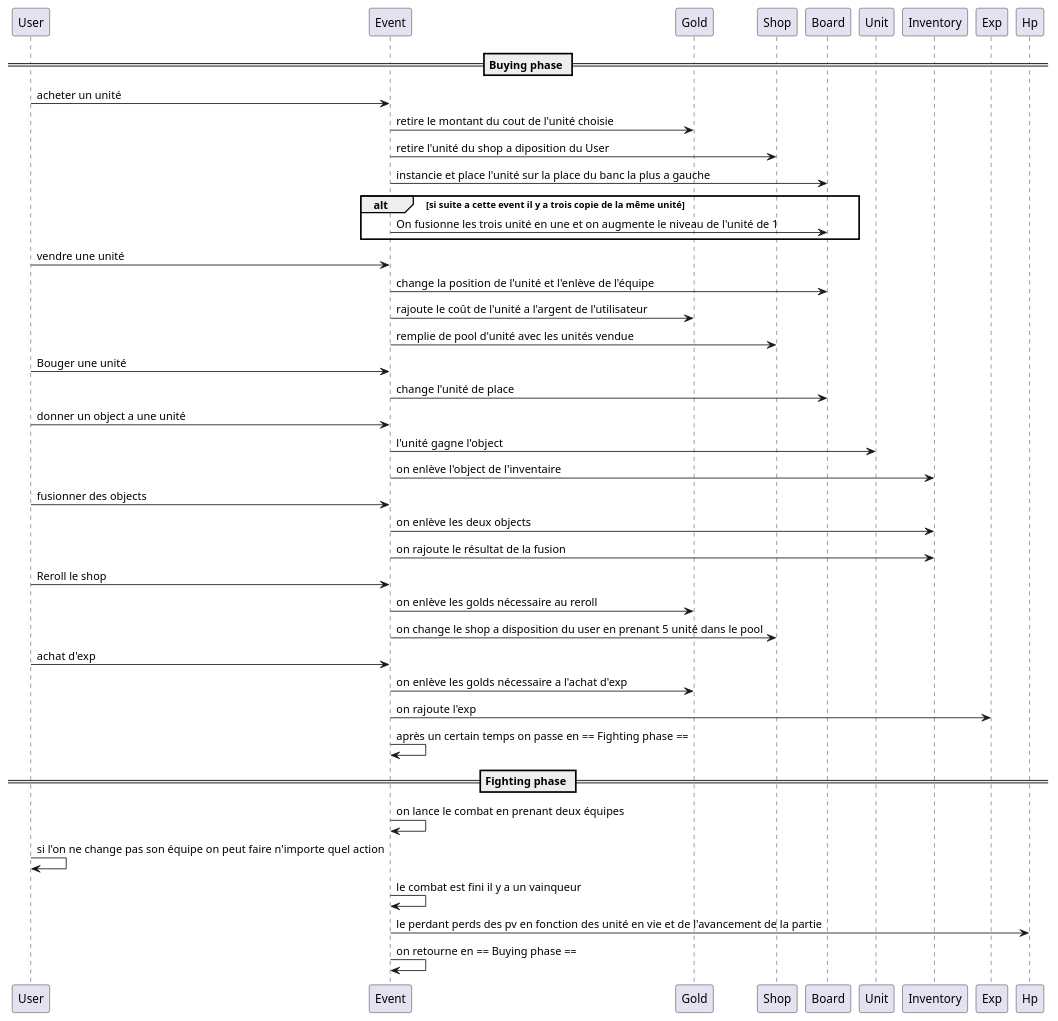
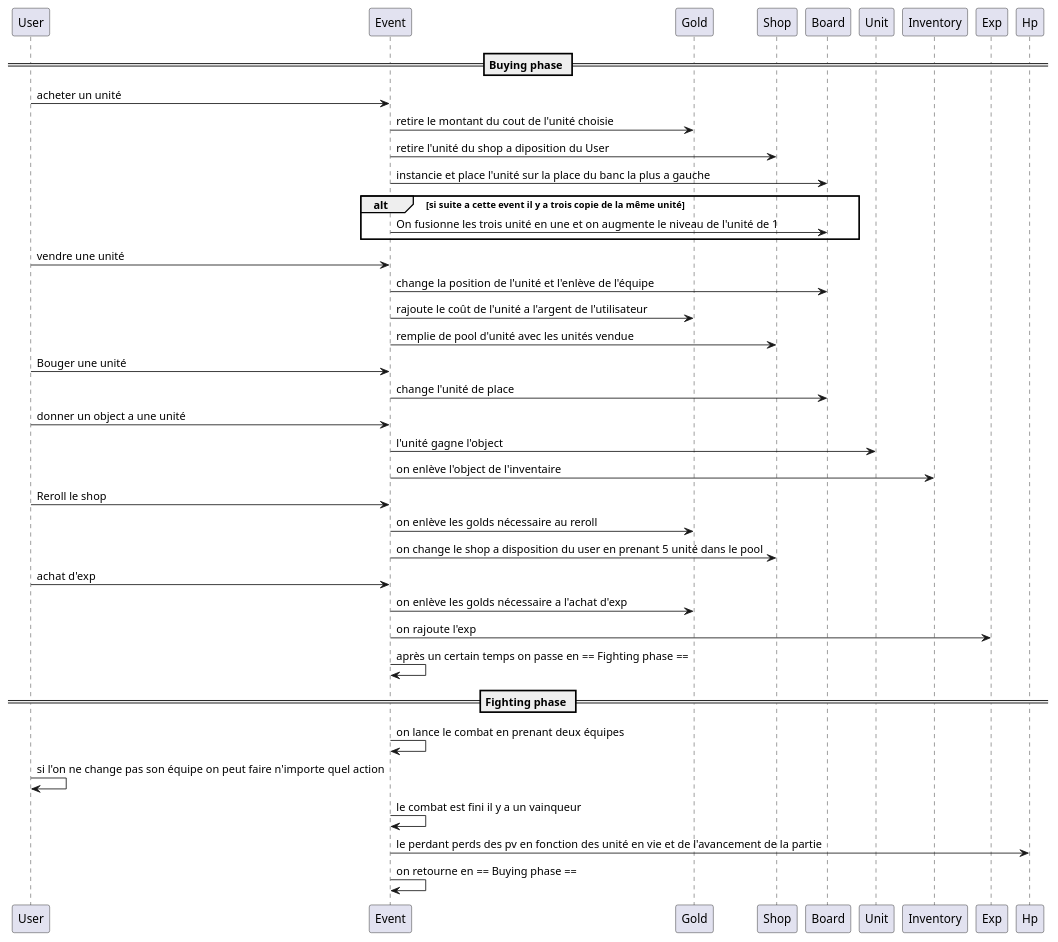
The diagram in SchémaEtDocument/Déroulement de la partie.puml (skyrag/travail_de_bachelor), drawn with PlantUML before and after one commit. The commit also changed 77 other files, not shown here.

```diff
--- a/SchémaEtDocument/Déroulement de la partie.puml
+++ b/SchémaEtDocument/Déroulement de la partie.puml
@@ -1,50 +1,46 @@
 @startuml
 'https://plantuml.com/sequence-diagram
 
 == Buying phase ==
 
 User -> Event : acheter un unité
 Event -> Gold : retire le montant du cout de l'unité choisie
 Event -> Shop : retire l'unité du shop a diposition du User
 Event -> Board : instancie et place l'unité sur la place du banc la plus a gauche
 alt si suite a cette event il y a trois copie de la même unité
     Event -> Board : On fusionne les trois unité en une et on augmente le niveau de l'unité de 1
 
 end
 
 User -> Event : vendre une unité
 Event -> Board : change la position de l'unité et l'enlève de l'équipe
 Event -> Gold : rajoute le coût de l'unité a l'argent de l'utilisateur
 Event -> Shop : remplie de pool d'unité avec les unités vendue
 
 User -> Event : Bouger une unité
 Event -> Board : change l'unité de place
 
 User -> Event : donner un object a une unité
 Event -> Unit : l'unité gagne l'object
 Event -> Inventory : on enlève l'object de l'inventaire
 
-User -> Event : fusionner des objects
-Event -> Inventory : on enlève les deux objects
-Event -> Inventory : on rajoute le résultat de la fusion
-
 User -> Event : Reroll le shop
 Event -> Gold : on enlève les golds nécessaire au reroll
 Event -> Shop : on change le shop a disposition du user en prenant 5 unité dans le pool
 
 User -> Event : achat d'exp
 Event -> Gold : on enlève les golds nécessaire a l'achat d'exp
 Event -> Exp : on rajoute l'exp
 
 Event -> Event : après un certain temps on passe en == Fighting phase ==
 
 == Fighting phase ==
 
 Event -> Event : on lance le combat en prenant deux équipes
 
 User -> User : si l'on ne change pas son équipe on peut faire n'importe quel action
 
 Event -> Event : le combat est fini il y a un vainqueur
 Event -> Hp : le perdant perds des pv en fonction des unité en vie et de l'avancement de la partie
 Event -> Event : on retourne en == Buying phase ==
 @enduml
```
